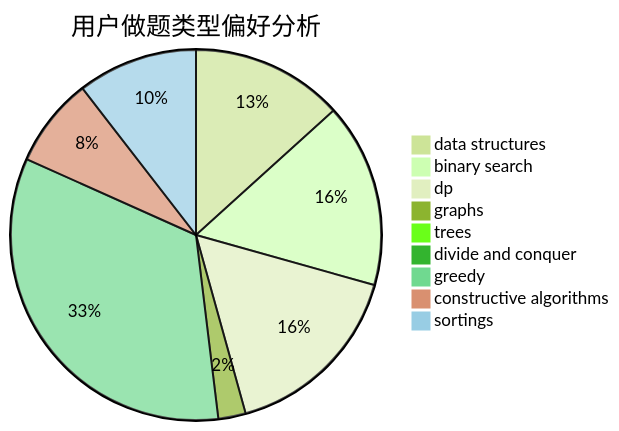
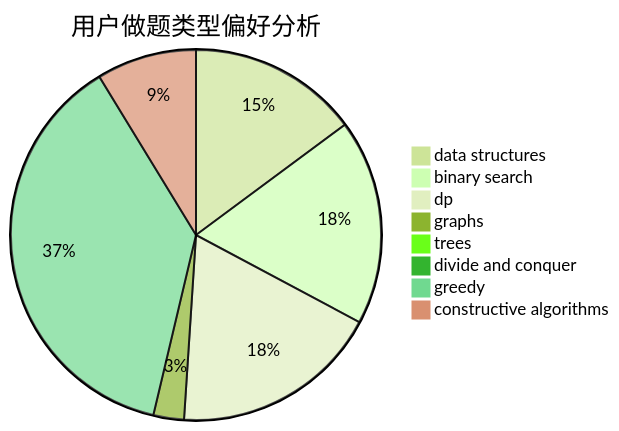
The second of 3 diagrams in docs/user/u676.md (sherpahu/cfrs.github.io), drawn with Mermaid (forest theme) before and after one commit. The commit also changed other lines of this file and 2769 other files, not shown here.

````diff
--- a/docs/user/u676.md
+++ b/docs/user/u676.md
@@ -18,12 +18,11 @@
 ```mermaid
 pie title 用户做题类型偏好分析
     "data structures" :  417
     "binary search" :  504
     "dp" :  512
     "graphs" :  75
     "trees" :  13
     "divide and conquer" :  1
     "greedy" :  1055
     "constructive algorithms" :  245
-    "sortings" :  329
 ```
````
